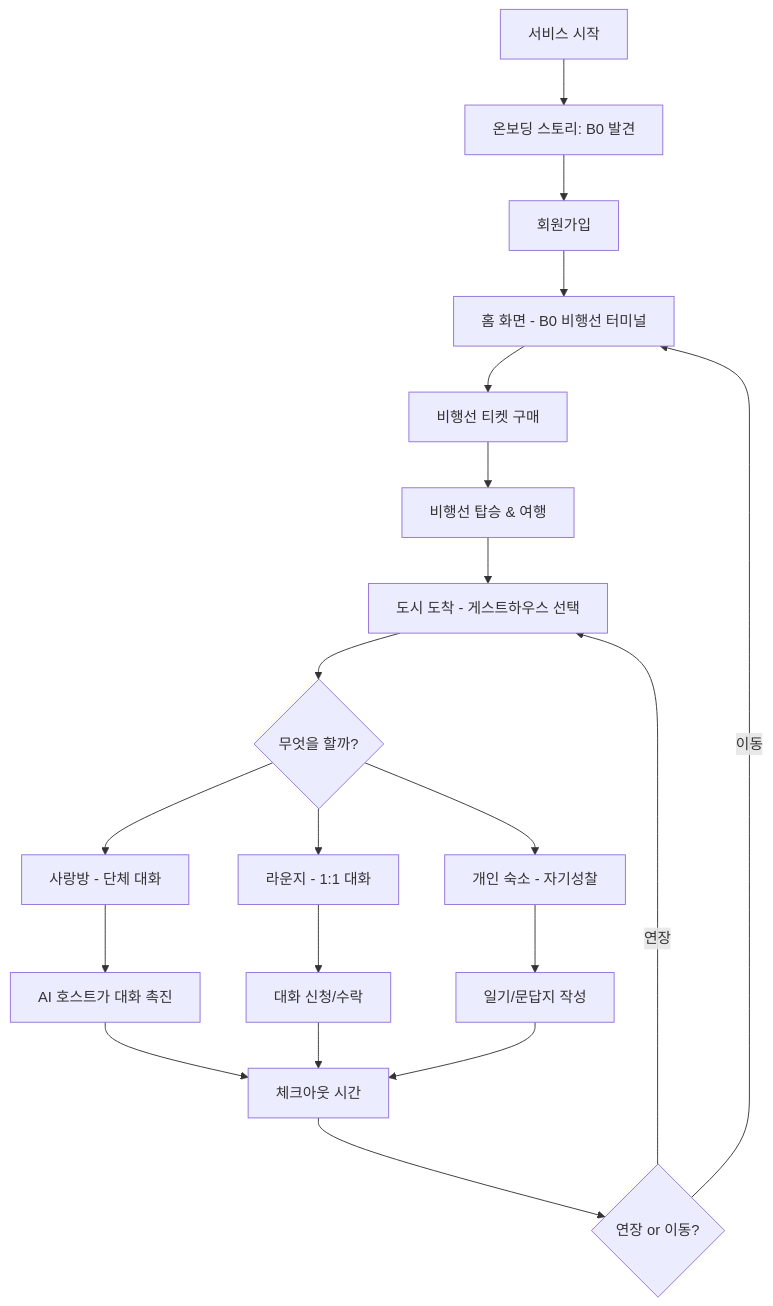
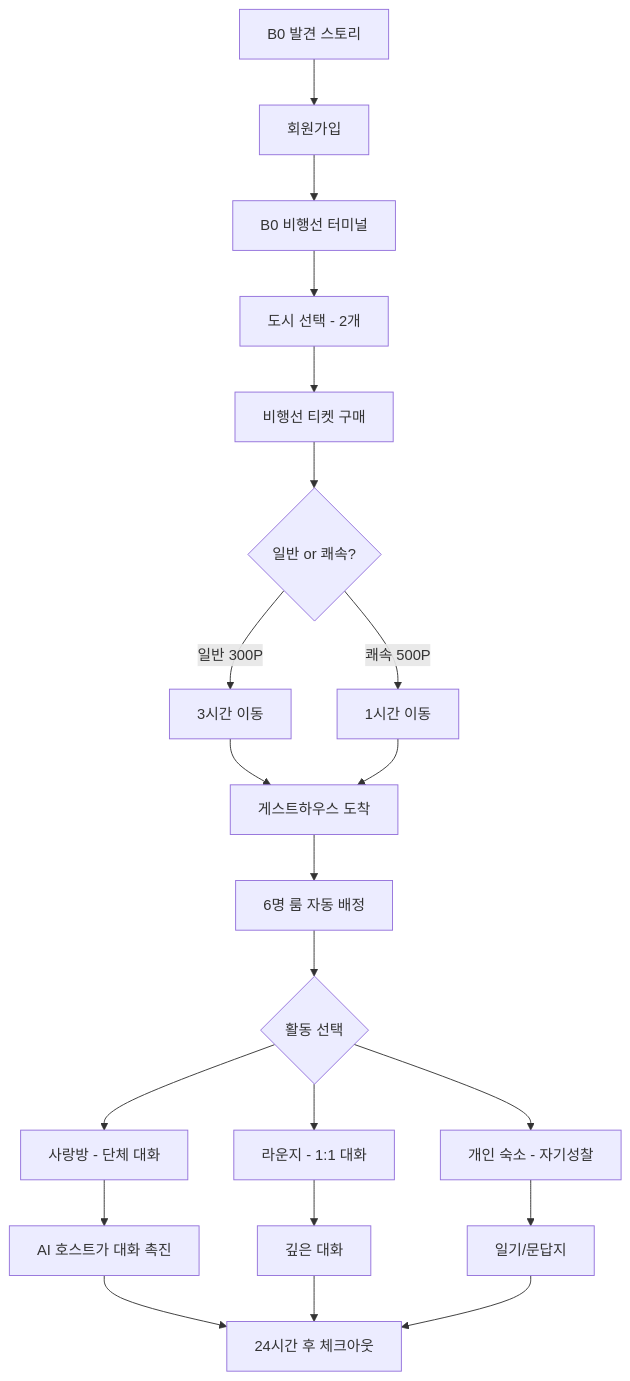
Before and after one commit to yuiyeong/bzero: the diagram in docs/01-mvp.md, drawn with Mermaid. The commit also changed other lines of this file, not shown here.

````diff
--- a/docs/01-mvp.md
+++ b/docs/01-mvp.md
@@ -13,22 +14,23 @@
 ```mermaid
 graph TD
-    A[서비스 시작] --> B[온보딩 스토리: B0 발견]
-    B --> C[회원가입]
-    C --> D[홈 화면 - B0 비행선 터미널]
+    A[B0 발견 스토리] --> B[회원가입]
+    B --> C[B0 비행선 터미널]
+    C --> D[도시 선택 - 2개]
     D --> E[비행선 티켓 구매]
-    E --> F[비행선 탑승 & 여행]
-    F --> G[도시 도착 - 게스트하우스 선택]
-    G --> H{무엇을 할까?}
-    H --> I[사랑방 - 단체 대화]
-    H --> J[라운지 - 1:1 대화]
-    H --> K[개인 숙소 - 자기성찰]
-    I --> L[AI 호스트가 대화 촉진]
-    J --> M[대화 신청/수락]
-    K --> N[일기/문답지 작성]
-    L --> O[체크아웃 시간]
-    M --> O
-    N --> O
-    O --> P{연장 or 이동?}
-    P -->|연장| G
-    P -->|이동| D
+    E --> F{일반 or 쾌속?}
+    F -->|일반 300P| G[3시간 이동]
+    F -->|쾌속 500P| H[1시간 이동]
+    G --> I[게스트하우스 도착]
+    H --> I
+    I --> J[6명 룸 자동 배정]
+    J --> K{활동 선택}
+    K --> L[사랑방 - 단체 대화]
+    K --> M[라운지 - 1:1 대화]
+    K --> N[개인 숙소 - 자기성찰]
+    L --> O[AI 호스트가 대화 촉진]
+    M --> P[깊은 대화]
+    N --> Q[일기/문답지]
+    O --> R[24시간 후 체크아웃]
+    P --> R
+    Q --> R
 ```
````
